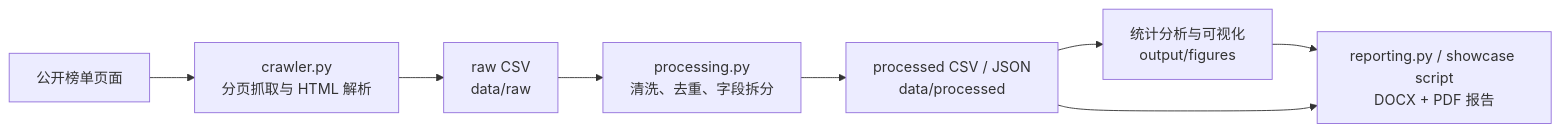
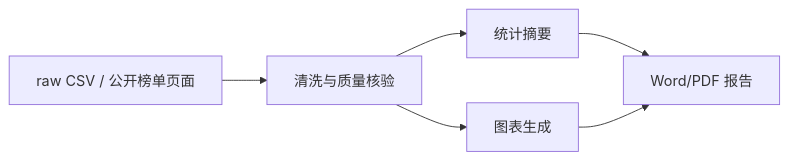
The diagram in README.md (zl097932-ai/douban-top200-data-analysis), drawn with Mermaid before and after one commit. The commit also changed other lines of this file and 4 other files, not shown here.

````diff
--- a/README.md
+++ b/README.md
@@ -45,10 +68,8 @@
 ```mermaid
 flowchart LR
-    A["公开榜单页面"] --> B["crawler.py<br/>分页抓取与 HTML 解析"]
-    B --> C["raw CSV<br/>data/raw"]
-    C --> D["processing.py<br/>清洗、去重、字段拆分"]
-    D --> E["processed CSV / JSON<br/>data/processed"]
-    E --> F["统计分析与可视化<br/>output/figures"]
-    F --> G["reporting.py / showcase script<br/>DOCX + PDF 报告"]
-    E --> G
+    A["raw CSV / 公开榜单页面"] --> B["清洗与质量核验"]
+    B --> C["统计摘要"]
+    B --> D["图表生成"]
+    C --> E["Word/PDF 报告"]
+    D --> E
 ```
````
